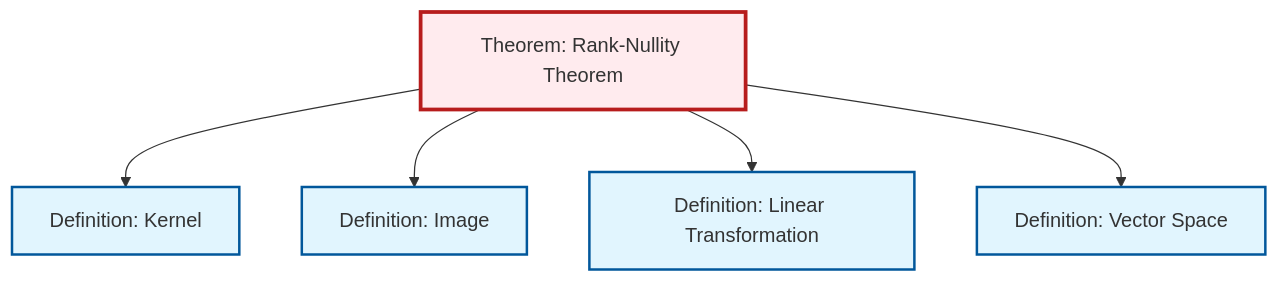
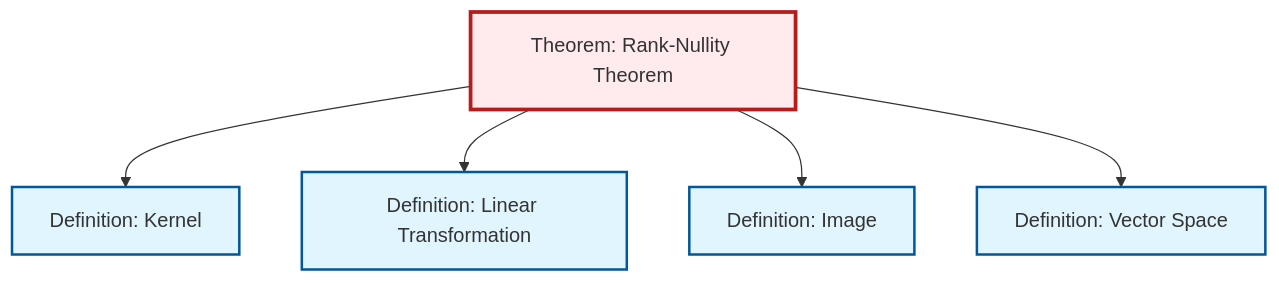
The diagram in output/mermaid/thm-rank-nullity.mermaid (RK0429/ModernMath), drawn with Mermaid before and after one commit. The commit also changed other lines of this file and 174 other files, not shown here.

First line of the commit message:
feat: Introduce search index generation and knowledge graph enhancements

````diff
--- a/output/mermaid/thm-rank-nullity.mermaid
+++ b/output/mermaid/thm-rank-nullity.mermaid
@@ -1,19 +1,19 @@
 ```{mermaid}
 %%| fig-cap: "Local dependency graph"
 graph TD
     classDef definition fill:#e1f5fe,stroke:#01579b,stroke-width:2px
     classDef theorem fill:#f3e5f5,stroke:#4a148c,stroke-width:2px
     classDef axiom fill:#fff3e0,stroke:#e65100,stroke-width:2px
     classDef example fill:#e8f5e9,stroke:#1b5e20,stroke-width:2px
     classDef current fill:#ffebee,stroke:#b71c1c,stroke-width:3px
+    def-kernel["Definition: Kernel"]:::definition
+    def-vector-space["Definition: Vector Space"]:::definition
     def-linear-transformation["Definition: Linear Transformation"]:::definition
     def-image["Definition: Image"]:::definition
     thm-rank-nullity["Theorem: Rank-Nullity Theorem"]:::theorem
-    def-kernel["Definition: Kernel"]:::definition
-    def-vector-space["Definition: Vector Space"]:::definition
     thm-rank-nullity --> def-kernel
+    thm-rank-nullity --> def-linear-transformation
     thm-rank-nullity --> def-image
-    thm-rank-nullity --> def-linear-transformation
     thm-rank-nullity --> def-vector-space
     class thm-rank-nullity current
 ```
````
